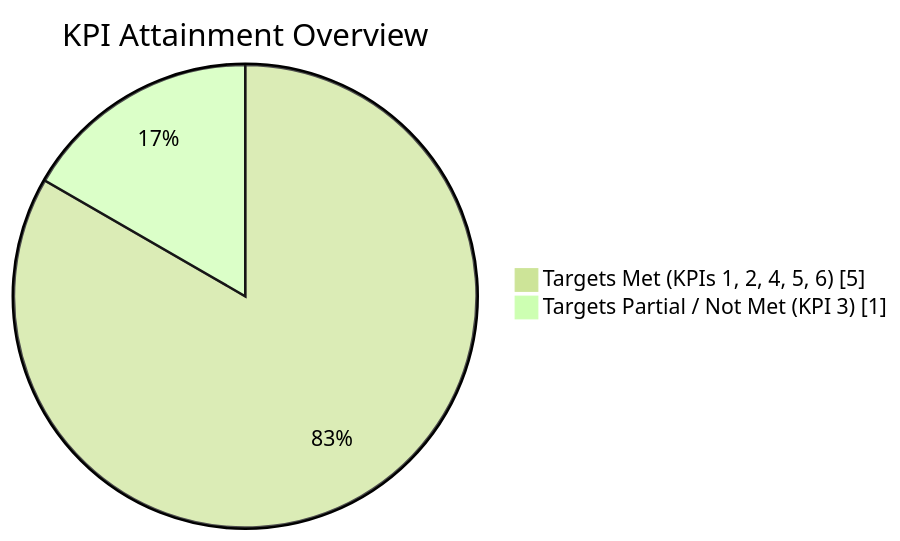
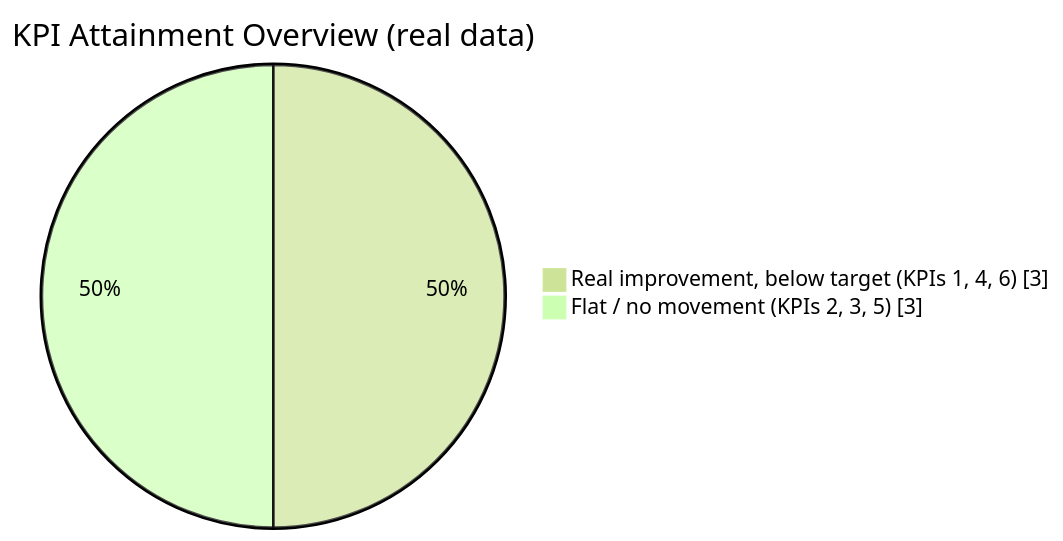
One commit to Blitzy-Sandbox/blitzy-wordpress changed the first of 5 diagrams in benchmarks/results/performance-dashboard.md. Above: the diagram before and after it, drawn with Mermaid (forest theme). The commit also changed other lines of this file and 15 other files, not shown here.

````diff
--- a/benchmarks/results/performance-dashboard.md
+++ b/benchmarks/results/performance-dashboard.md
@@ -67,6 +74,6 @@
 ```mermaid
 pie showData
-    title KPI Attainment Overview
-    "Targets Met (KPIs 1, 2, 4, 5, 6)" : 5
-    "Targets Partial / Not Met (KPI 3)" : 1
+    title KPI Attainment Overview (real data)
+    "Real improvement, below target (KPIs 1, 4, 6)" : 3
+    "Flat / no movement (KPIs 2, 3, 5)" : 3
 ```
````
